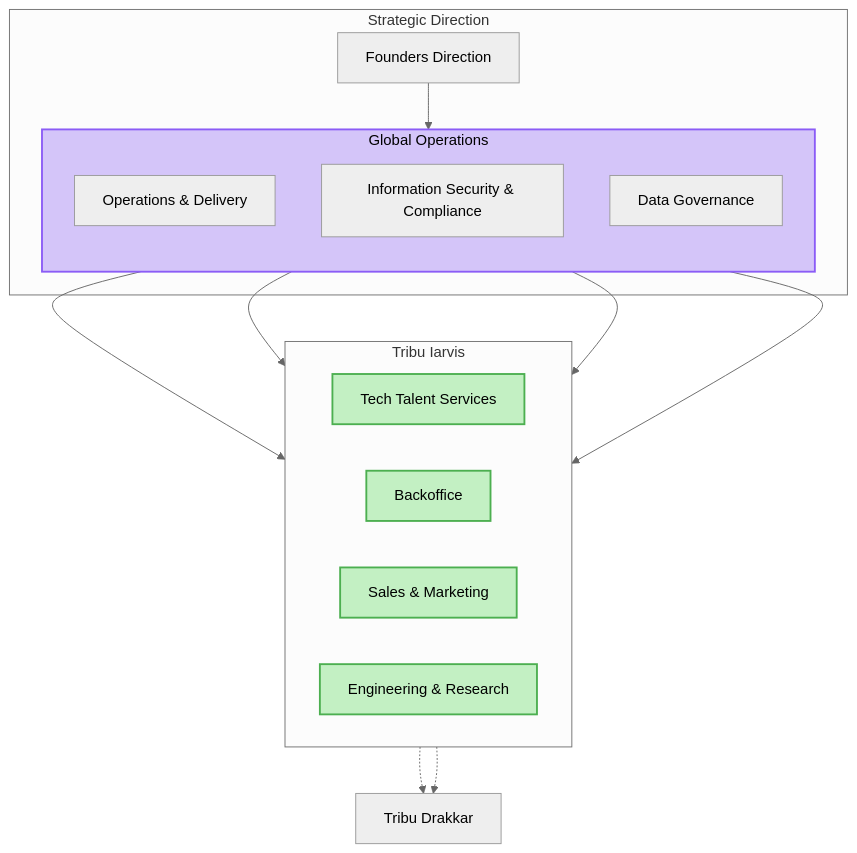
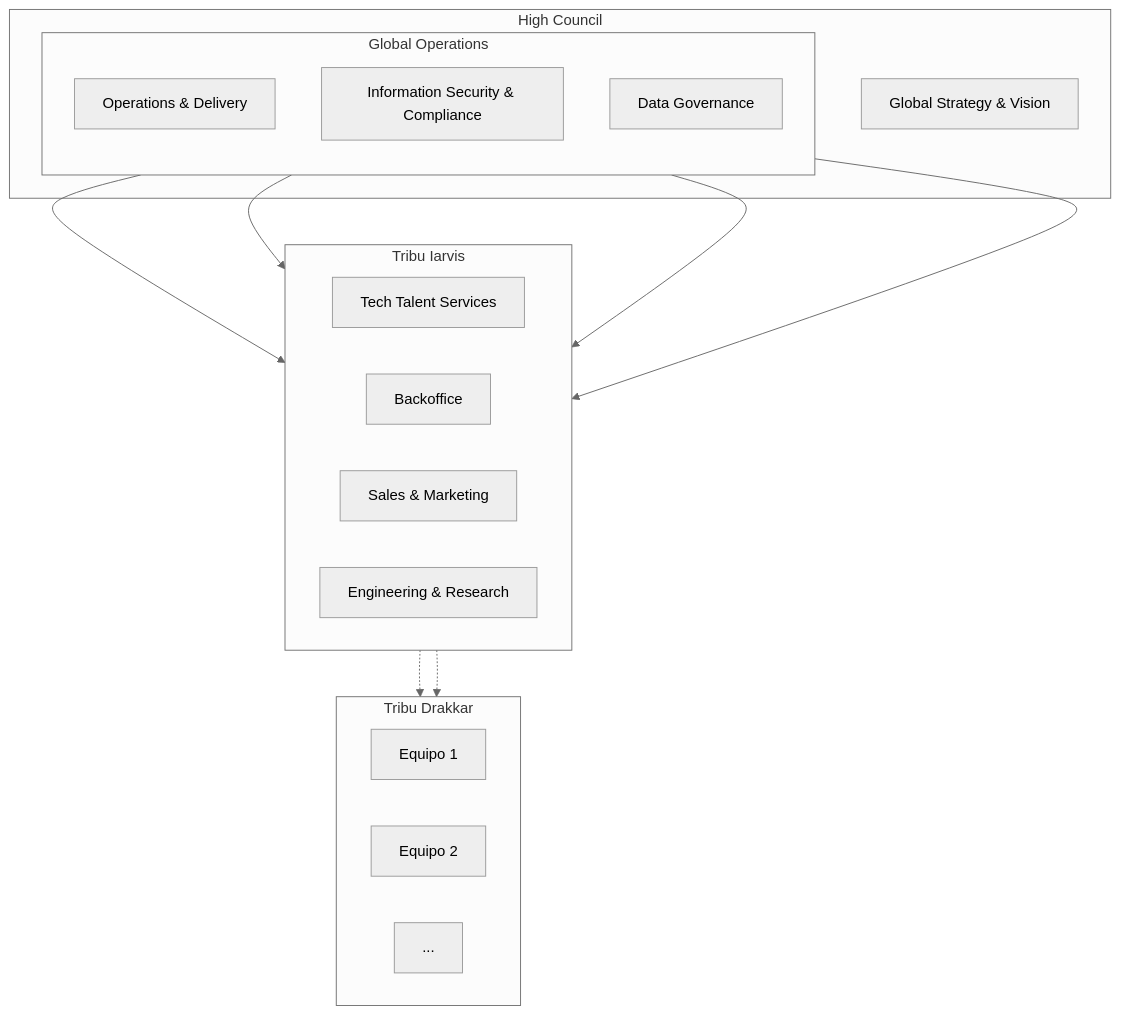
Before and after one commit to 23people-io/the-handbook: the diagram in docs/organization/index.md, drawn with Mermaid. The commit also changed other lines of this file and 29 other files, not shown here.

````diff
--- a/docs/organization/index.md
+++ b/docs/organization/index.md
@@ -18,50 +18,52 @@
 ```mermaid
 %%{init: {'theme':'neutral'}}%%
 flowchart TD
   
-    %% Strategic Direction
-    subgraph STRATEGIC_DIRECTION["Strategic Direction"]
-
-        FOUNDERS["Founders Direction"]
-
-        subgraph GOM["Global Operations"]
+    %% High Council
+    subgraph HIGH_COUNCIL_TRIBE["High Council"]
+        GLOBAL_STRATEGY["Global Strategy & Vision"]
+        subgraph GLOBAL_OPERATIONS["Global Operations"]
             direction TB
 
             OPS["Operations & Delivery"]
             ISEC["Information Security & Compliance"]
             DGOV["Data Governance"]
         end
-
-        FOUNDERS --> GOM
     end
 
     %% Iarvis Tribe - Operational Teams
     subgraph IARVIS_TRIBE["Tribu Iarvis"]
         direction LR
 
         %% Tech Talent Services Column
         TTS_TEAM["Tech Talent Services"]
         BKO_TEAM["Backoffice"]
         SMK_TEAM["Sales & Marketing"]
         ERS_TEAM["Engineering & Research"]
     end
 
     %% Drakkar Tribe - IT Professionals as Contractors
-    DRAKKAR_TRIBE["Tribu Drakkar"]
+    subgraph DRAKKAR_TRIBE["Tribu Drakkar"]
+        direction LR
 
-    GOM --> TTS_TEAM & BKO_TEAM & SMK_TEAM & ERS_TEAM
+        %% IT Professionals as Contractors
+        TEAM1["Equipo 1"]
+        TEAM2["Equipo 2"]
+        TEAM3["..."]
+    end
+
+    GLOBAL_OPERATIONS --> TTS_TEAM & BKO_TEAM & SMK_TEAM & ERS_TEAM
 
     TTS_TEAM -.-> DRAKKAR_TRIBE
     BKO_TEAM -.-> DRAKKAR_TRIBE
 
     %% Styling
     classDef directionStyle fill:#bae1ff,stroke:#0066cc,stroke-width:2px,color:#000
     classDef gomStyle fill:#ffb3ba,stroke:#ff6b6b,stroke-width:2px,color:#000
     classDef teamStyle fill:#f0f0f0,stroke:#666,stroke-width:2px,color:#000
     classDef apiStyle fill:#d4c5f9,stroke:#8b5cf6,stroke-width:2px,color:#000
     classDef srmStyle fill:#c3f0c3,stroke:#4caf50,stroke-width:2px,color:#000
     classDef invisibleStyle fill:none,stroke:none
 
-    class GOM apiStyle
-    class ERS_TEAM,BKO_TEAM,RND_TEAM,SMK_TEAM,TTS_TEAM srmStyle
+    
 ```
````
